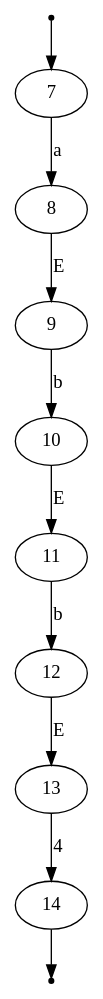
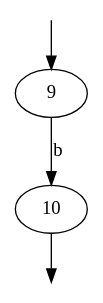
Before and after one commit to omarelhorre/automate: the diagram in src/automate2.dot, drawn with Graphviz. The commit also changed 6 other files, not shown here.

```diff
--- a/src/automate2.dot
+++ b/src/automate2.dot
@@ -1,13 +1,7 @@
 digraph G {
-init [shape=point];
-fin [shape=point];
-init -> 7;
-7 -> 8 [label="a"];
+init [shape=point shape=point style=filled, fillcolor=white color=white];
+fin [shape=point shape=point style=filled, fillcolor=white color=white];
+init -> 9;
 9 -> 10 [label="b"];
-8 -> 9 [label="E"];
-11 -> 12 [label="b"];
-10 -> 11 [label="E"];
-13 -> 14 [label="4"];
-12 -> 13 [label="E"];
-14 -> fin;
+10 -> fin;
 }
```
